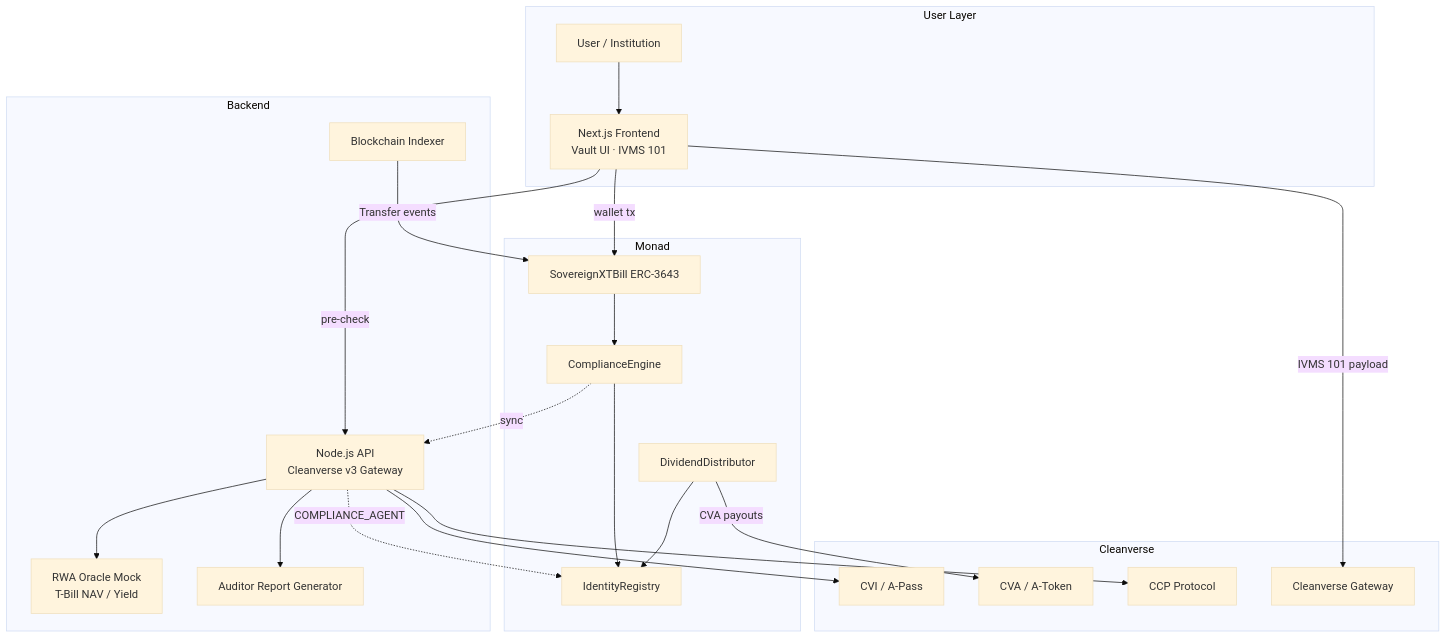
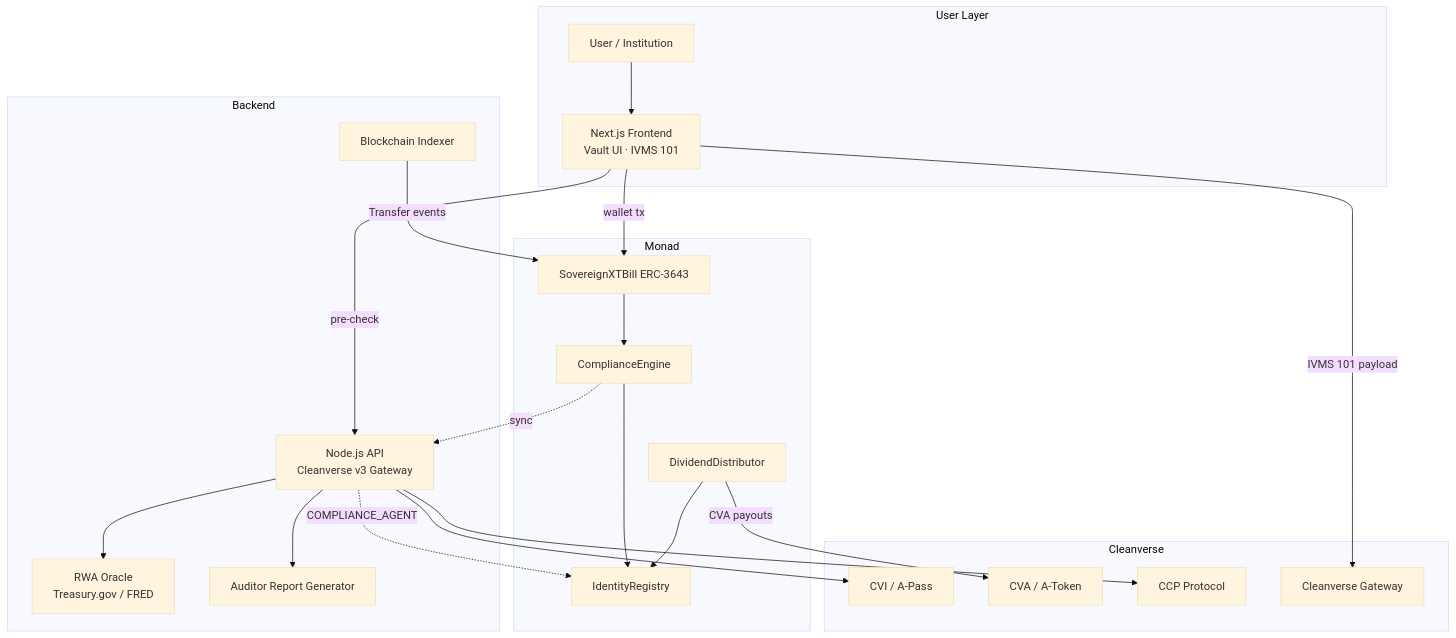
Before and after one commit to IrrhammCode/SovereignX: the diagram in docs/ARCHITECTURE.md, drawn with Mermaid (base theme). The commit also changed 23 other files, not shown here.

First line of the commit message:
Replace mock data with live Treasury oracle and on-chain reads.

````diff
--- a/docs/ARCHITECTURE.md
+++ b/docs/ARCHITECTURE.md
@@ -11,44 +11,44 @@
 ```mermaid
 flowchart TB
     subgraph User Layer
         U[User / Institution]
         FE[Next.js Frontend<br/>Vault UI · IVMS 101]
     end
 
     subgraph Backend
         API[Node.js API<br/>Cleanverse v3 Gateway]
-        ORA[RWA Oracle Mock<br/>T-Bill NAV / Yield]
+        ORA[RWA Oracle<br/>Treasury.gov / FRED]
         AUD[Auditor Report Generator]
         IDX[Blockchain Indexer]
     end
 
     subgraph Cleanverse
         CVI[CVI / A-Pass]
         CVA[CVA / A-Token]
         CCP[CCP Protocol]
         GW[Cleanverse Gateway]
     end
 
     subgraph Monad
         SOVX[SovereignXTBill ERC-3643]
         IR[IdentityRegistry]
         CE[ComplianceEngine]
         DD[DividendDistributor]
     end
 
     U --> FE
     FE -->|wallet tx| SOVX
     FE -->|pre-check| API
     FE -->|IVMS 101 payload| GW
     API --> CVI
     API --> CCP
     API --> ORA
     API --> AUD
     IDX -->|Transfer events| SOVX
     SOVX --> CE
     CE --> IR
     CE -.sync.-> API
     API -.COMPLIANCE_AGENT.-> IR
     DD -->|CVA payouts| CVA
     DD --> IR
 ```
````
